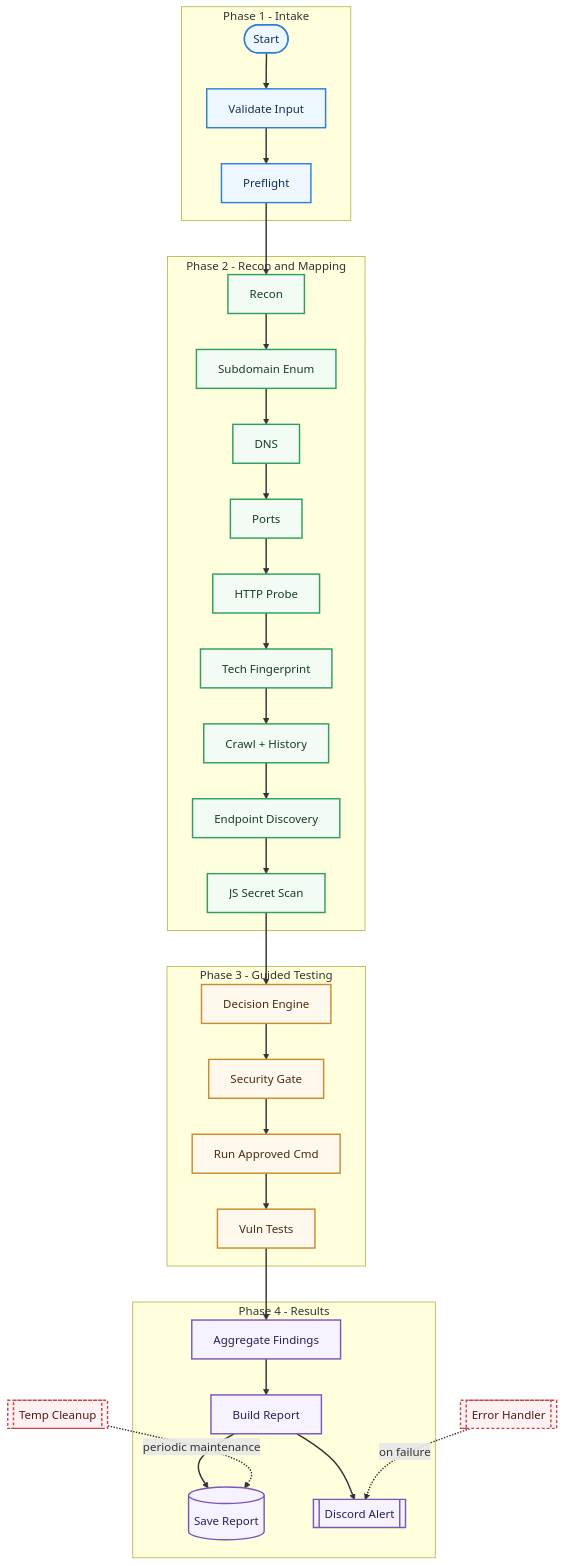
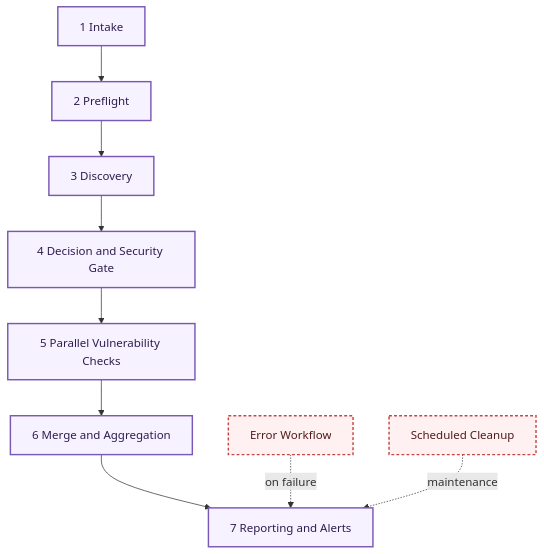
Before and after one commit to Shenal01/Hacksm-AutoRecon: the second of 2 diagrams in README.md, drawn with Mermaid. The commit also changed other lines of this file, not shown here.

````diff
--- a/README.md
+++ b/README.md
@@ -39,60 +79,18 @@
 ```mermaid
 flowchart TB
-        %% Main happy-path
-        subgraph P1[Phase 1 - Intake]
-            Start([Start])
-            Input[Validate Input]
-            Env[Preflight]
-        end
+    S1[1 Intake] --> S2[2 Preflight]
+    S2 --> S3[3 Discovery]
+    S3 --> S4[4 Decision and Security Gate]
+    S4 --> S5[5 Parallel Vulnerability Checks]
+    S5 --> S6[6 Merge and Aggregation]
+    S6 --> S7[7 Reporting and Alerts]
 
-        subgraph P2[Phase 2 - Recon and Mapping]
-            Recon[Recon]
-            Subenum[Subdomain Enum]
-            DNS[DNS]
-            Ports[Ports]
-            HTTP[HTTP Probe]
-            Tech[Tech Fingerprint]
-            Crawl[Crawl + History]
-            Endpoints[Endpoint Discovery]
-            JS[JS Secret Scan]
-        end
+    E1[Error Workflow] -. on failure .-> S7
+    C1[Scheduled Cleanup] -. maintenance .-> S7
 
-        subgraph P3[Phase 3 - Guided Testing]
-            AI[Decision Engine]
-            Allow[Security Gate]
-            Exec[Run Approved Cmd]
-            Tests[Vuln Tests]
-        end
+    classDef stage fill:#f7f2ff,stroke:#7a58b5,stroke-width:2px,color:#2e1e4f;
+    classDef side fill:#fff1f1,stroke:#c74444,stroke-width:2px,color:#4f1c1c,stroke-dasharray: 4 3;
 
-        subgraph P4[Phase 4 - Results]
-            Metrics[Aggregate Findings]
-            Report[Build Report]
-            Save[(Save Report)]
-            Notify[[Discord Alert]]
-        end
-
-        Start --> Input --> Env --> Recon --> Subenum --> DNS --> Ports --> HTTP --> Tech --> Crawl --> Endpoints --> JS --> AI --> Allow --> Exec --> Tests --> Metrics --> Report
-        Report --> Save
-        Report --> Notify
-
-        %% Side services
-        Error[[Error Handler]]
-        Cleanup[[Temp Cleanup]]
-        Error -. on failure .-> Notify
-        Cleanup -. periodic maintenance .-> Save
-
-        %% Visual styles
-        classDef intake fill:#eef7ff,stroke:#2f7fd8,stroke-width:2px,color:#12324f;
-        classDef recon fill:#f3fbf5,stroke:#2f9e5f,stroke-width:2px,color:#163d28;
-        classDef testing fill:#fff8ec,stroke:#cc8b2f,stroke-width:2px,color:#4a2d10;
-        classDef results fill:#f7f2ff,stroke:#7a58b5,stroke-width:2px,color:#2e1e4f;
-        classDef support fill:#fff1f1,stroke:#c74444,stroke-width:2px,color:#4f1c1c,stroke-dasharray: 4 3;
-
-        linkStyle default stroke-width:2px;
-
-        class Start,Input,Env intake;
-        class Recon,Subenum,DNS,Ports,HTTP,Tech,Crawl,Endpoints,JS recon;
-        class AI,Allow,Exec,Tests testing;
-        class Metrics,Report,Save,Notify results;
-        class Error,Cleanup support;
+    class S1,S2,S3,S4,S5,S6,S7 stage;
+    class E1,C1 side;
 ```
````
